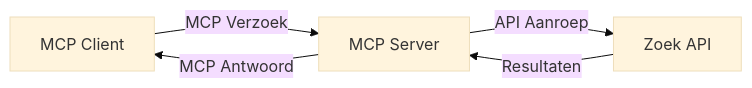
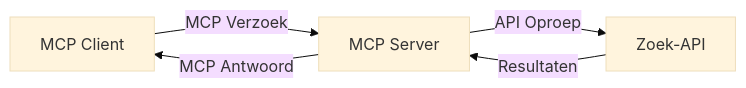
The second of 4 diagrams in translations/nl/05-AdvancedTopics/mcp-realtimesearch/README.md (microsoft/mcp-for-beginners), drawn with Mermaid (base theme) before and after one commit. The commit also changed other lines of this file and 139 other files, not shown here.

````diff
--- a/translations/nl/05-AdvancedTopics/mcp-realtimesearch/README.md
+++ b/translations/nl/05-AdvancedTopics/mcp-realtimesearch/README.md
@@ -598,7 +600,7 @@
 ```mermaid
 graph LR
     Client[MCP Client] --> |MCP Verzoek| Server[MCP Server]
-    Server --> |API Aanroep| SearchAPI[Zoek API]
+    Server --> |API Oproep| SearchAPI[Zoek-API]
     SearchAPI --> |Resultaten| Server
     Server --> |MCP Antwoord| Client
 ```
````
